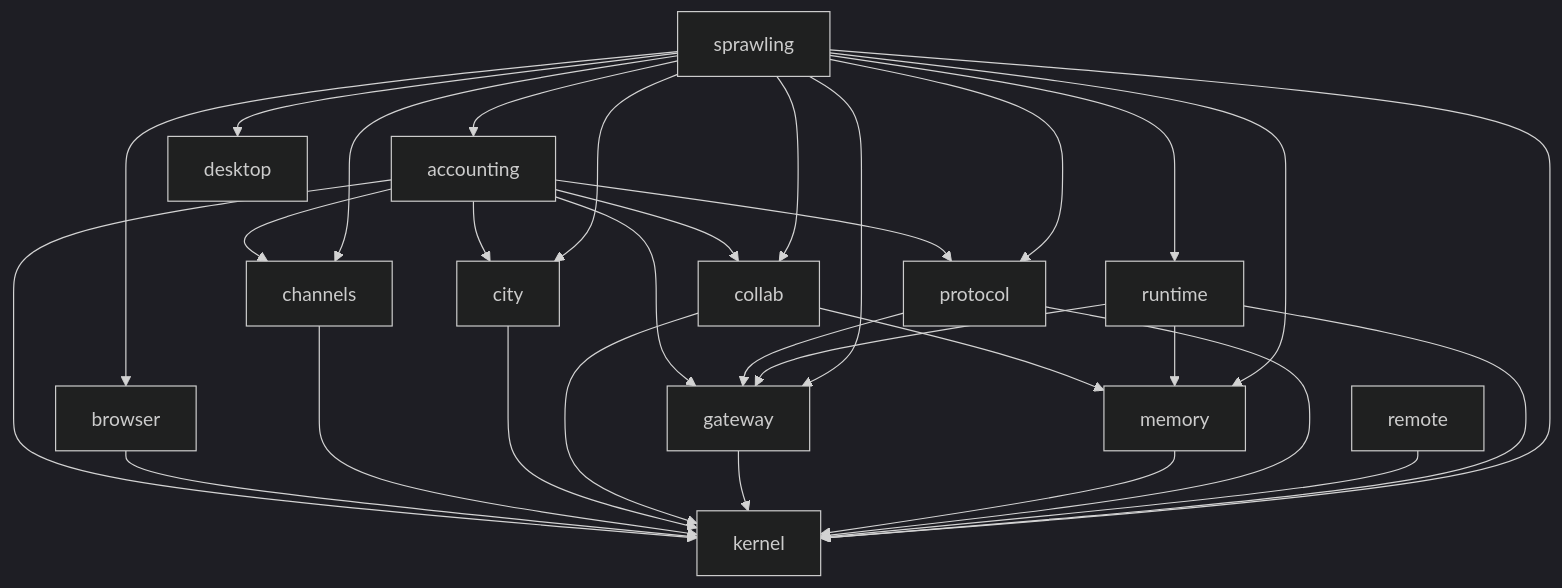
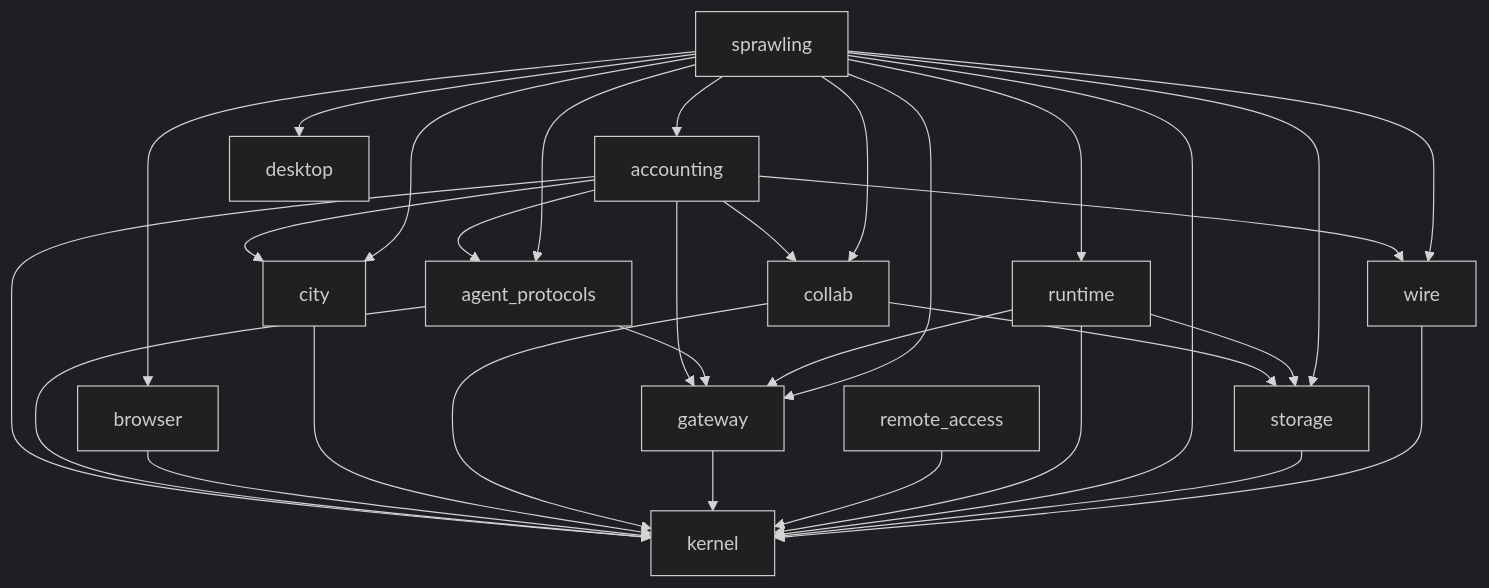
One commit to 2youg1/sprawling-agents changed the first of 8 diagrams in ARCHITECTURE.md. Above: the diagram before and after it, drawn with Mermaid (dark theme). The commit also changed other lines of this file and 427 other files, not shown here.

````diff
--- a/ARCHITECTURE.md
+++ b/ARCHITECTURE.md
@@ -745,35 +745,35 @@
 ```mermaid
 flowchart TD
-    accounting --> channels
+    accounting --> agent_protocols
     accounting --> city
     accounting --> collab
     accounting --> gateway
     accounting --> kernel
-    accounting --> protocol
+    accounting --> wire
+    agent_protocols --> gateway
+    agent_protocols --> kernel
     browser --> kernel
-    channels --> kernel
     city --> kernel
     collab --> kernel
-    collab --> memory
+    collab --> storage
     desktop
     gateway --> kernel
     kernel
-    memory --> kernel
-    protocol --> gateway
-    protocol --> kernel
-    remote --> kernel
+    remote_access --> kernel
     runtime --> gateway
     runtime --> kernel
-    runtime --> memory
+    runtime --> storage
     sprawling --> accounting
+    sprawling --> agent_protocols
     sprawling --> browser
-    sprawling --> channels
     sprawling --> city
     sprawling --> collab
     sprawling --> desktop
     sprawling --> gateway
     sprawling --> kernel
-    sprawling --> memory
-    sprawling --> protocol
     sprawling --> runtime
+    sprawling --> storage
+    sprawling --> wire
+    storage --> kernel
+    wire --> kernel
 ```
````
